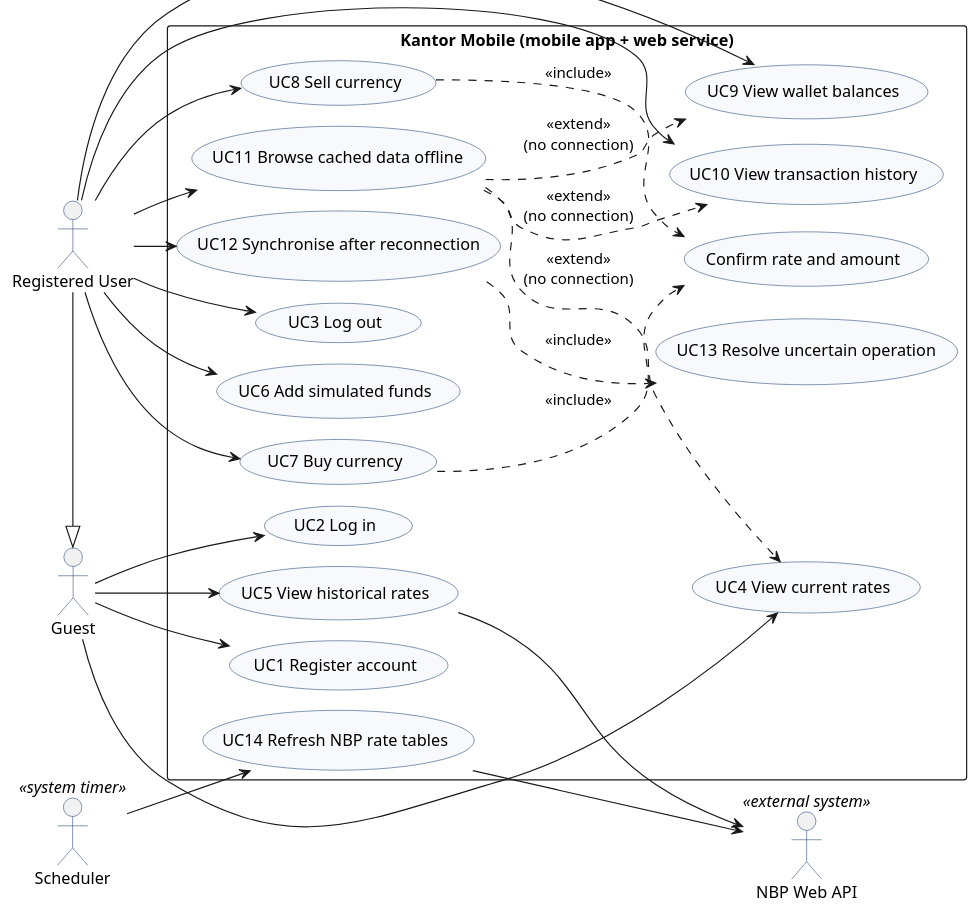
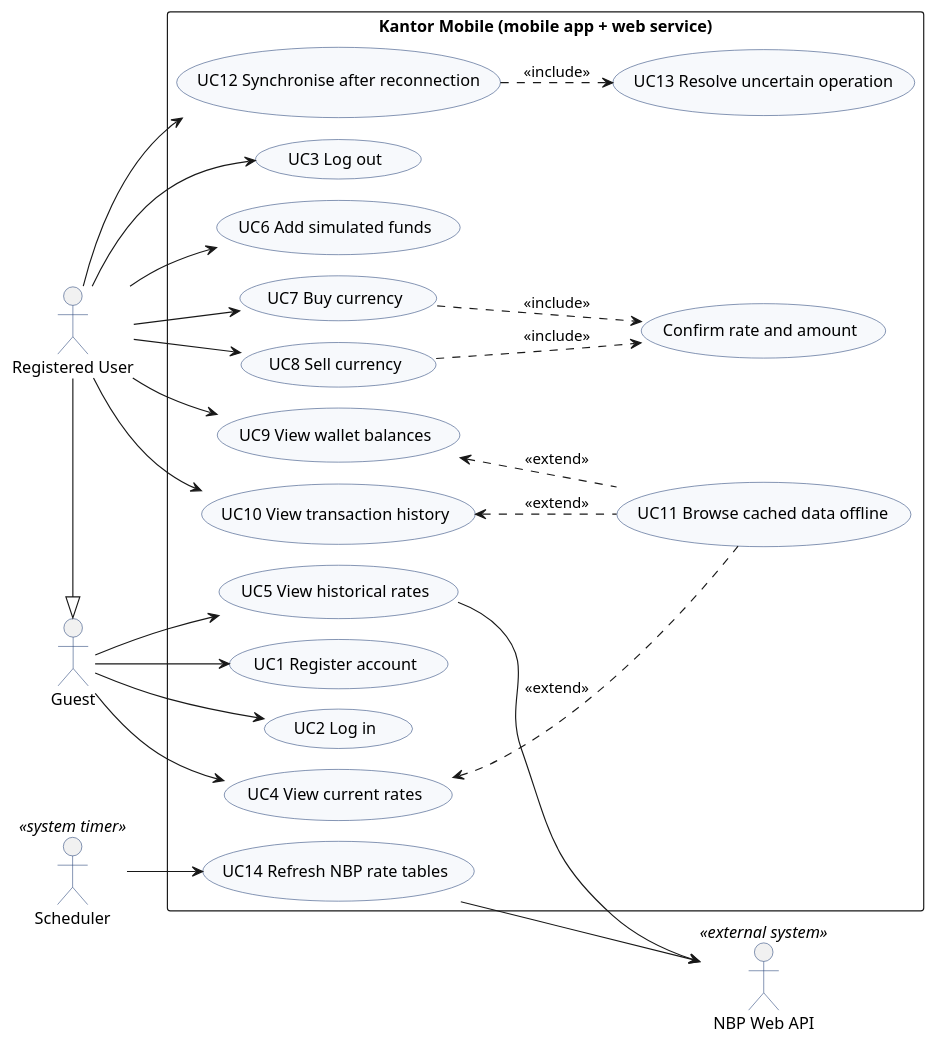
The diagram in docs/M1/diagrams/src/01-use-case.puml (hasanmertyilmaz/currency-exchange-hmy), drawn with PlantUML before and after one commit. The commit also changed 4 other files, not shown here.

First line of the commit message:
docs(m1): untangle use case diagram layout

```diff
--- a/docs/M1/diagrams/src/01-use-case.puml
+++ b/docs/M1/diagrams/src/01-use-case.puml
@@ -1,63 +1,56 @@
 @startuml use-case
 !pragma layout smetana
 ' Kantor Mobile — UML Use Case Diagram (M1)
+' Extend links are written base <.. extension so the extension is laid out to the right.
 left to right direction
 skinparam shadowing false
 skinparam defaultFontName Helvetica
 skinparam usecase {
   BackgroundColor #F7F9FC
   BorderColor #2E4A7D
 }
 skinparam actorBorderColor #2E4A7D
 skinparam packageStyle rectangle
-
 actor "Guest" as Guest
 actor "Registered User" as User
 actor "NBP Web API" as NBP <<external system>>
 actor "Scheduler" as Timer <<system timer>>
-
 User -|> Guest
-
 rectangle "Kantor Mobile (mobile app + web service)" {
   usecase "UC1 Register account" as UC1
   usecase "UC2 Log in" as UC2
-  usecase "UC3 Log out" as UC3
   usecase "UC4 View current rates" as UC4
   usecase "UC5 View historical rates" as UC5
+  usecase "UC3 Log out" as UC3
   usecase "UC6 Add simulated funds" as UC6
   usecase "UC7 Buy currency" as UC7
   usecase "UC8 Sell currency" as UC8
+  usecase "Confirm rate and amount" as UCC
   usecase "UC9 View wallet balances" as UC9
   usecase "UC10 View transaction history" as UC10
   usecase "UC11 Browse cached data offline" as UC11
   usecase "UC12 Synchronise after reconnection" as UC12
   usecase "UC13 Resolve uncertain operation" as UC13
   usecase "UC14 Refresh NBP rate tables" as UC14
-  usecase "Confirm rate and amount" as UCC
 }
-
 Guest --> UC1
 Guest --> UC2
 Guest --> UC4
 Guest --> UC5
-
 User --> UC3
 User --> UC6
 User --> UC7
 User --> UC8
 User --> UC9
 User --> UC10
-User --> UC11
 User --> UC12
-
 UC7 ..> UCC : <<include>>
 UC8 ..> UCC : <<include>>
 UC12 ..> UC13 : <<include>>
-UC11 ..> UC4 : <<extend>>\n(no connection)
-UC11 ..> UC9 : <<extend>>\n(no connection)
-UC11 ..> UC10 : <<extend>>\n(no connection)
-
+UC4 <.. UC11 : <<extend>>
+UC9 <.. UC11 : <<extend>>
+UC10 <.. UC11 : <<extend>>
+UC5 --> NBP
+UC14 --> NBP
 Timer --> UC14
-UC14 --> NBP
-UC5 --> NBP
 @enduml
```
